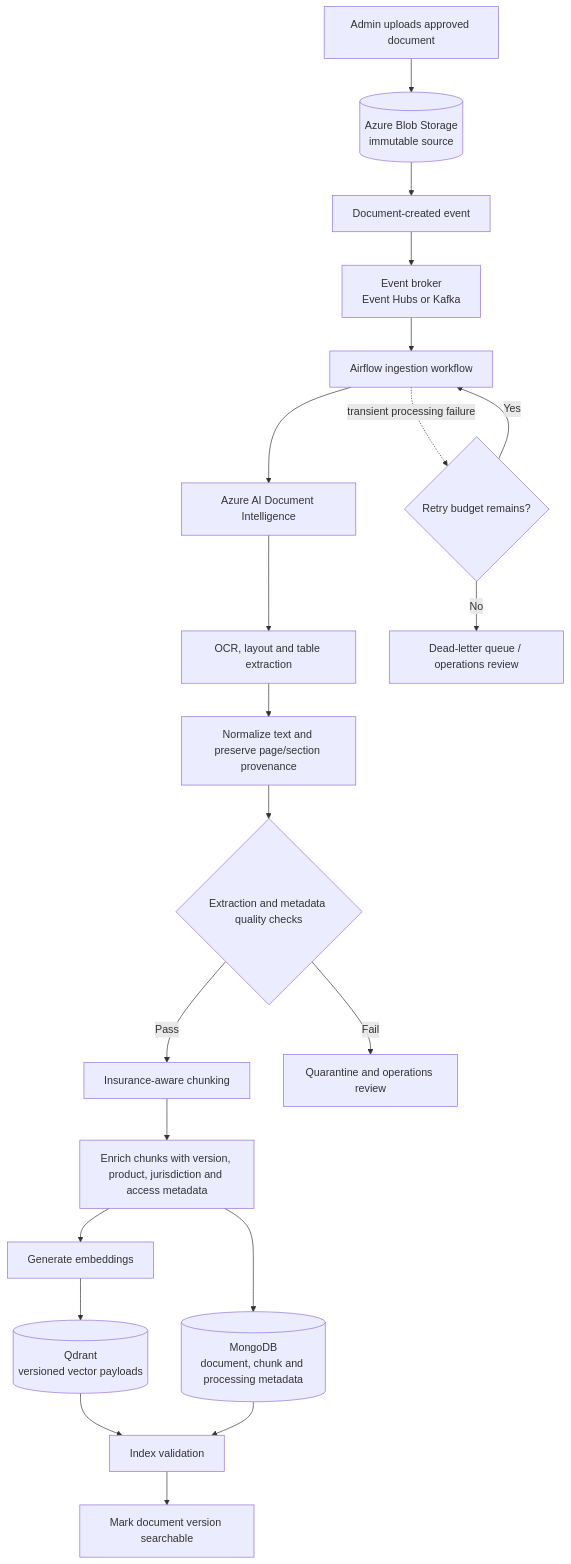
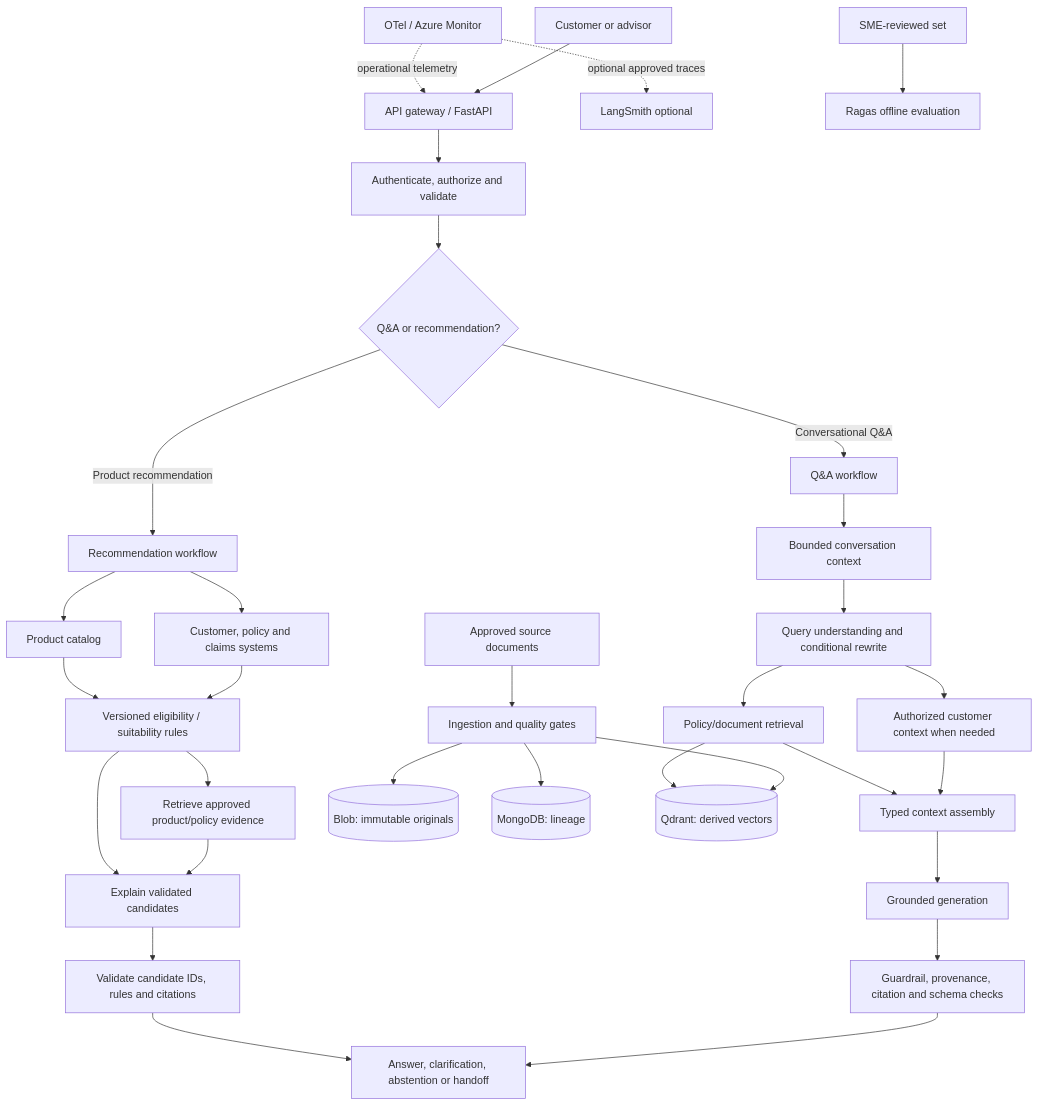
One commit to mithileshbhumca/InsuranceGenAI changed the second of 7 diagrams in rag-architecture.md. Above: the diagram before and after it, drawn with Mermaid. The commit also changed other lines of this file and 1 other file, not shown here.

````diff
--- a/rag-architecture.md
+++ b/rag-architecture.md
@@ -208,23 +153,37 @@
 ```mermaid
 flowchart TD
-    A[Admin uploads approved document] --> B[(Azure Blob Storage<br/>immutable source)]
-    B --> C[Document-created event]
-    C --> D[Event broker<br/>Event Hubs or Kafka]
-    D --> E[Airflow ingestion workflow]
-    E --> F[Azure AI Document Intelligence]
-    F --> G[OCR, layout and table extraction]
-    G --> H[Normalize text and preserve page/section provenance]
-    H --> I{Extraction and metadata quality checks}
-    I -- Pass --> J[Insurance-aware chunking]
-    I -- Fail --> X[Quarantine and operations review]
-    J --> K[Enrich chunks with version, product, jurisdiction and access metadata]
-    K --> L[Generate embeddings]
-    L --> M[(Qdrant<br/>versioned vector payloads)]
-    K --> N[(MongoDB<br/>document, chunk and processing metadata)]
-    M --> O[Index validation]
-    N --> O
-    O --> P[Mark document version searchable]
-    E -. transient processing failure .-> RETRY{Retry budget remains?}
-    RETRY -- Yes --> E
-    RETRY -- No --> DLQ[Dead-letter queue / operations review]
+    USER[Customer or advisor] --> API[API gateway / FastAPI]
+    API --> AUTH[Authenticate, authorize and validate]
+    AUTH --> ROUTER{Q&A or recommendation?}
+    ROUTER -->|Conversational Q&A| QNA[Q&A workflow]
+    ROUTER -->|Product recommendation| REC[Recommendation workflow]
+
+    QNA --> HIST[Bounded conversation context]
+    HIST --> UNDERSTAND[Query understanding and conditional rewrite]
+    UNDERSTAND --> CUSTOMER[Authorized customer context when needed]
+    UNDERSTAND --> RETRIEVE[Policy/document retrieval]
+    CUSTOMER --> ASSEMBLE[Typed context assembly]
+    RETRIEVE --> ASSEMBLE
+    ASSEMBLE --> LLM[Grounded generation]
+    LLM --> VALIDATE[Guardrail, provenance, citation and schema checks]
+    VALIDATE --> RESPONSE[Answer, clarification, abstention or handoff]
+
+    REC --> FACTS[Customer, policy and claims systems]
+    REC --> CATALOG[Product catalog]
+    FACTS --> RULES[Versioned eligibility / suitability rules]
+    CATALOG --> RULES
+    RULES --> REC_EVIDENCE[Retrieve approved product/policy evidence]
+    REC_EVIDENCE --> EXPLAIN[Explain validated candidates]
+    RULES --> EXPLAIN
+    EXPLAIN --> REC_VALIDATE[Validate candidate IDs, rules and citations]
+    REC_VALIDATE --> RESPONSE
+
+    DOC[Approved source documents] --> INGEST[Ingestion and quality gates]
+    INGEST --> BLOB[(Blob: immutable originals)]
+    INGEST --> META[(MongoDB: lineage)]
+    INGEST --> QDRANT[(Qdrant: derived vectors)]
+    RETRIEVE --> QDRANT
+    TELEMETRY[OTel / Azure Monitor] -. operational telemetry .-> API
+    TELEMETRY -. optional approved traces .-> LANGSMITH[LangSmith optional]
+    GOLD[SME-reviewed set] --> RAGAS[Ragas offline evaluation]
 ```
````
